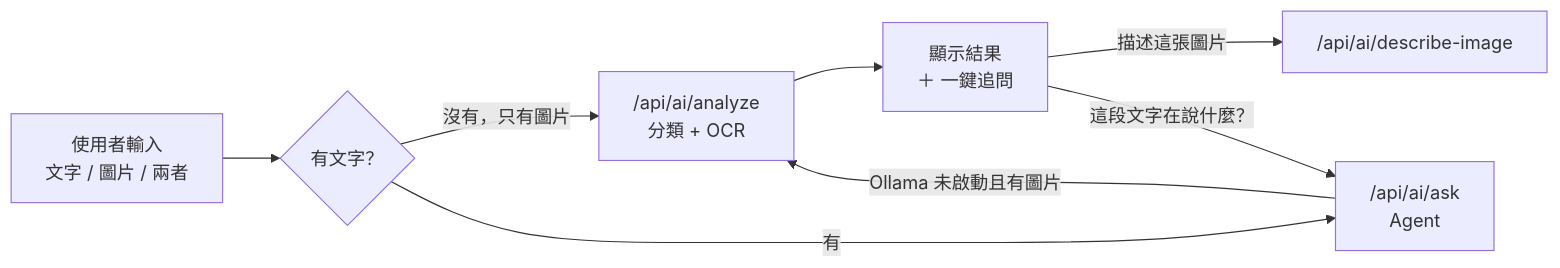
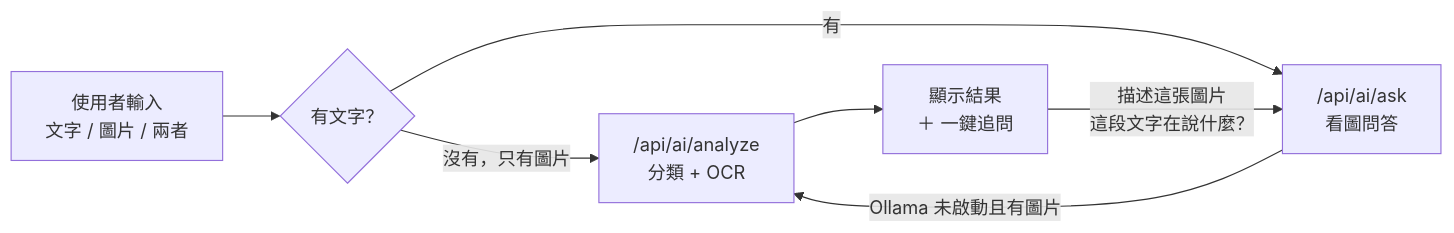
One commit to reedlin2002/Local_API_AI changed the second of 4 diagrams in README.md. Above: the diagram before and after it, drawn with Mermaid. The commit also changed other lines of this file and 1 other file, not shown here.

````diff
--- a/README.md
+++ b/README.md
@@ -118,10 +114,9 @@
 ```mermaid
 flowchart LR
     A["使用者輸入<br/>文字 / 圖片 / 兩者"] --> B{"有文字？"}
     B -->|"沒有，只有圖片"| C["/api/ai/analyze<br/>分類 + OCR"]
-    B -->|有| D["/api/ai/ask<br/>Agent"]
+    B -->|有| D["/api/ai/ask<br/>看圖問答"]
     C --> E["顯示結果<br/>＋ 一鍵追問"]
-    E -->|"描述這張圖片"| F["/api/ai/describe-image"]
-    E -->|"這段文字在說什麼？"| D
+    E -->|"描述這張圖片<br/>這段文字在說什麼？"| D
     D -->|"Ollama 未啟動且有圖片"| C
 ```
````
